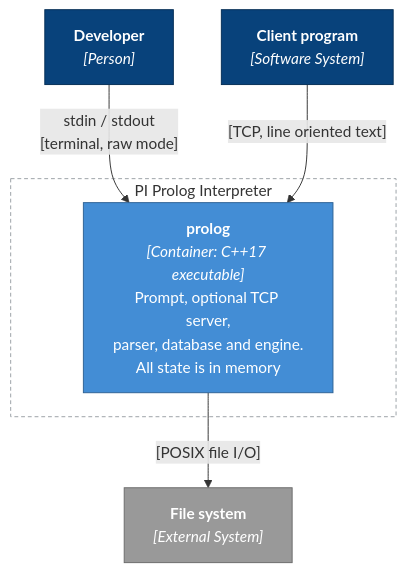
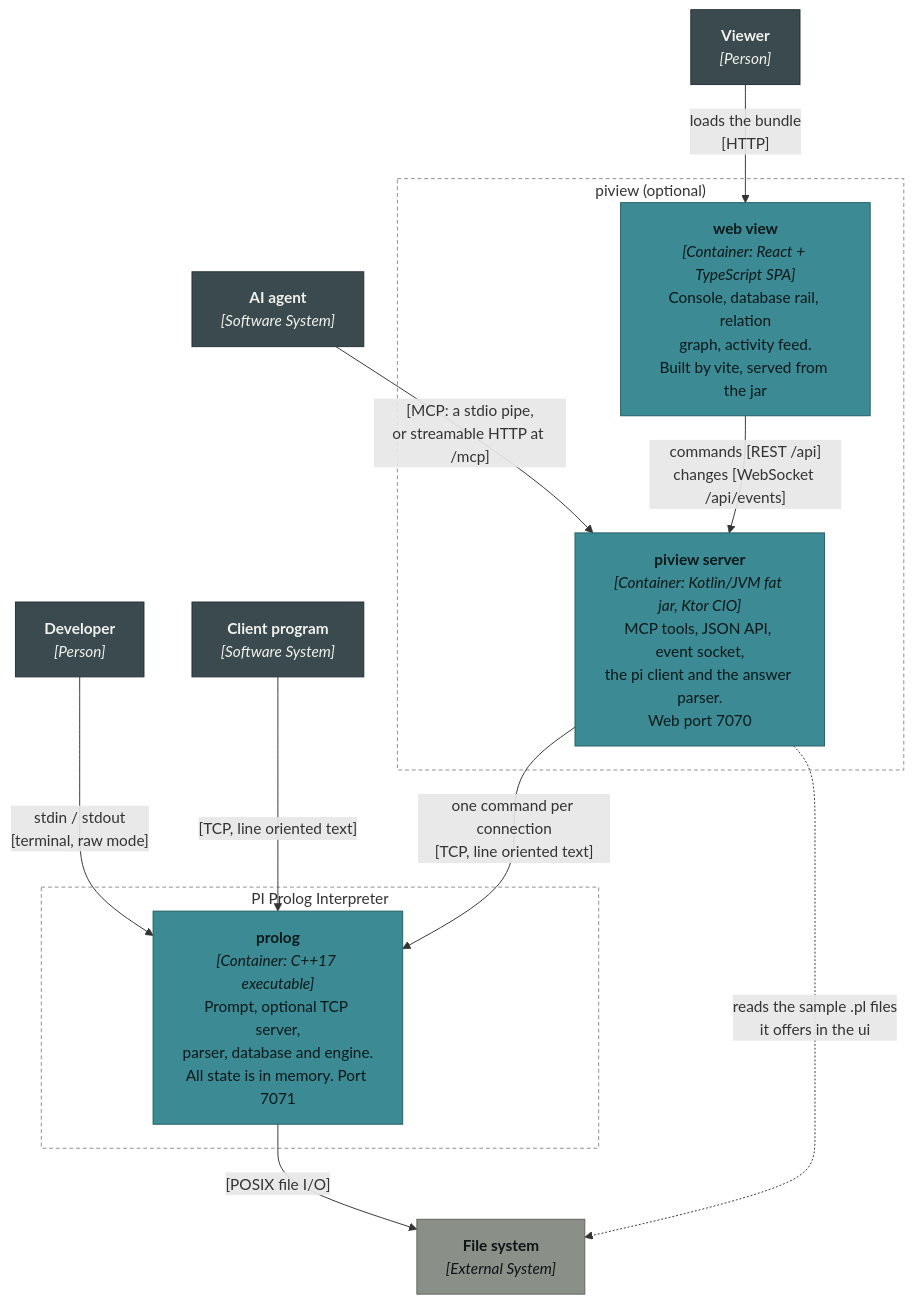
The second of 10 diagrams in docs/c4-model.md (rock3125/pi), drawn with Mermaid before and after one commit. The commit also changed other lines of this file and 5 other files, not shown here.

````diff
--- a/docs/c4-model.md
+++ b/docs/c4-model.md
@@ -49,24 +71,37 @@
 ```mermaid
 flowchart TB
     dev["<b>Developer</b><br/><i>[Person]</i>"]
     client["<b>Client program</b><br/><i>[Software System]</i>"]
+    agent["<b>AI agent</b><br/><i>[Software System]</i>"]
+    viewer["<b>Viewer</b><br/><i>[Person]</i>"]
+
+    subgraph pvsys["piview (optional)"]
+        ui["<b>web view</b><br/><i>[Container: React + TypeScript SPA]</i><br/>Console, database rail, relation<br/>graph, activity feed.<br/>Built by vite, served from the jar"]
+        jar["<b>piview server</b><br/><i>[Container: Kotlin/JVM fat jar, Ktor CIO]</i><br/>MCP tools, JSON API, event socket,<br/>the pi client and the answer parser.<br/>Web port 7070"]
+    end
 
     subgraph sys["PI Prolog Interpreter"]
-        proc["<b>prolog</b><br/><i>[Container: C++17 executable]</i><br/>Prompt, optional TCP server,<br/>parser, database and engine.<br/>All state is in memory"]
+        proc["<b>prolog</b><br/><i>[Container: C++17 executable]</i><br/>Prompt, optional TCP server,<br/>parser, database and engine.<br/>All state is in memory. Port 7071"]
     end
 
     fs["<b>File system</b><br/><i>[External System]</i>"]
 
     dev -->|"stdin / stdout<br/>[terminal, raw mode]"| proc
     client -->|"[TCP, line oriented text]"| proc
+    agent -->|"[MCP: a stdio pipe,<br/>or streamable HTTP at /mcp]"| jar
+    viewer -->|"loads the bundle<br/>[HTTP]"| ui
+    ui -->|"commands [REST /api]<br/>changes [WebSocket /api/events]"| jar
+    jar -->|"one command per connection<br/>[TCP, line oriented text]"| proc
     proc -->|"[POSIX file I/O]"| fs
+    jar -.->|"reads the sample .pl files<br/>it offers in the ui"| fs
 
-    classDef person fill:#08427b,stroke:#052e56,color:#fff
-    classDef container fill:#438dd5,stroke:#2e6295,color:#fff
-    classDef external fill:#999,stroke:#6b6b6b,color:#fff
-    class dev,client person
-    class proc container
+    classDef person fill:#3A4A4E,stroke:#253134,color:#F1F2ED
+    classDef container fill:#3C8A93,stroke:#215F67,color:#08191B
+    classDef external fill:#8A8F88,stroke:#5E645E,color:#0C1416
+    class dev,client,agent,viewer person
+    class proc,jar,ui container
     class fs external
 
-    style sys fill:none,stroke:#9aa0a6,stroke-dasharray:4 3
+    style sys fill:none,stroke:#8A8F88,stroke-dasharray:4 3
+    style pvsys fill:none,stroke:#8A8F88,stroke-dasharray:4 3
 ```
````
